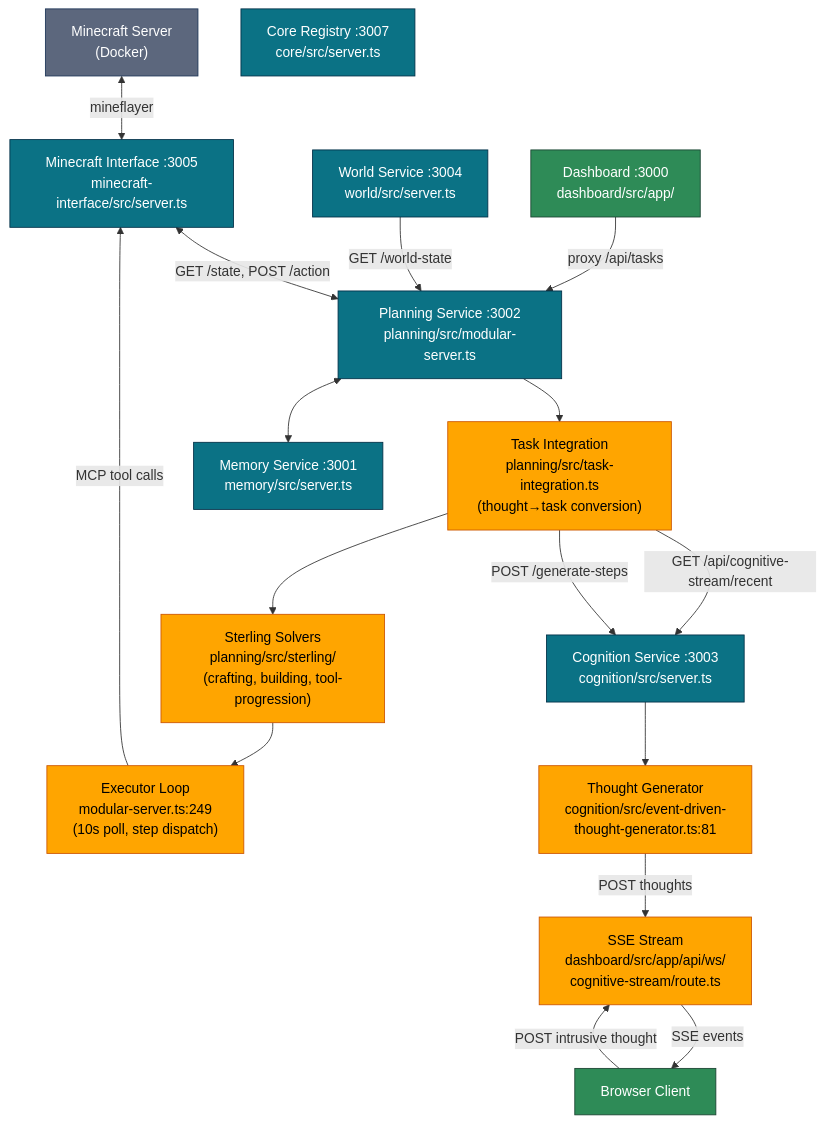
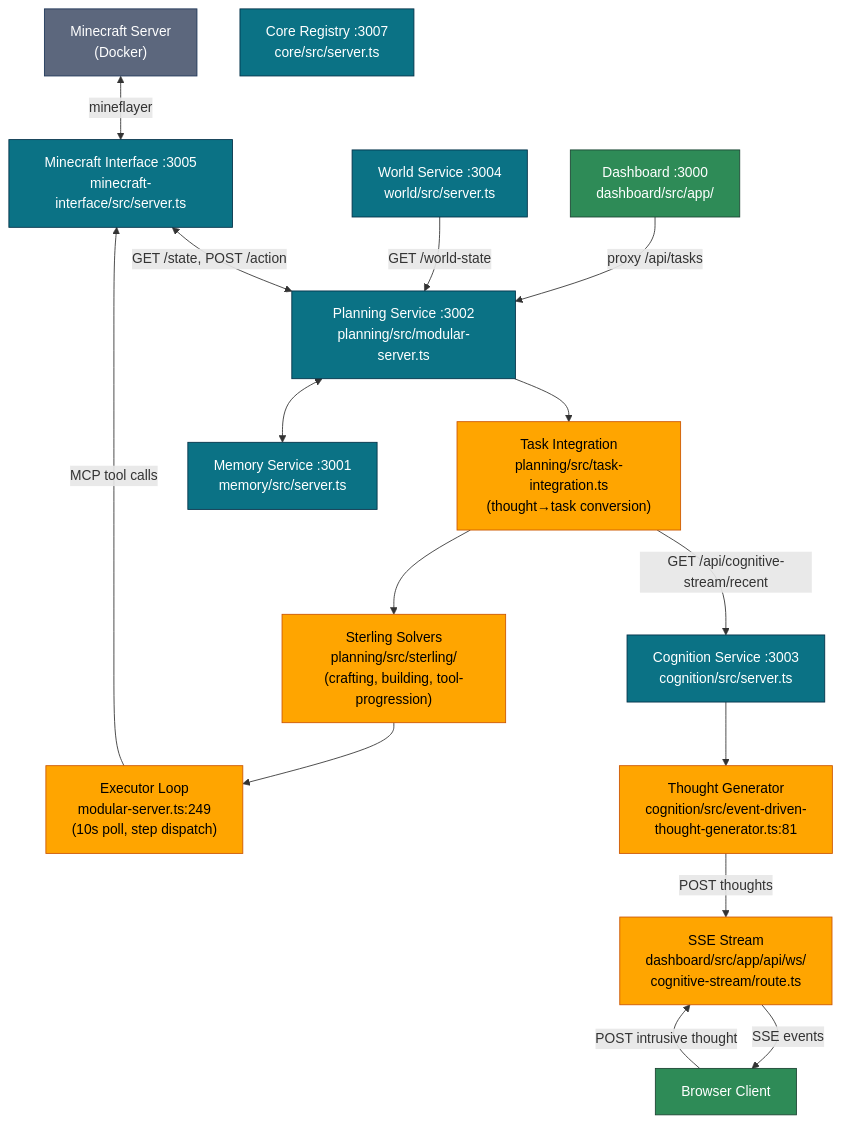
One commit to darianrosebrook/conscious-bot-experiment changed the second of 7 diagrams in docs/planning/cognitive-flow-detailed.md. Above: the diagram before and after it, drawn with Mermaid. The commit also changed other lines of this file and 8 other files, not shown here.

````diff
--- a/docs/planning/cognitive-flow-detailed.md
+++ b/docs/planning/cognitive-flow-detailed.md
@@ -521,46 +524,45 @@
 ```mermaid
 flowchart TD
   %% Services with code references
   MC["Minecraft Server<br/>(Docker)"]
   MI["Minecraft Interface :3005<br/>minecraft-interface/src/server.ts"]
   PLAN["Planning Service :3002<br/>planning/src/modular-server.ts"]
   COG["Cognition Service :3003<br/>cognition/src/server.ts"]
   MEM["Memory Service :3001<br/>memory/src/server.ts"]
   WORLD["World Service :3004<br/>world/src/server.ts"]
   DASH["Dashboard :3000<br/>dashboard/src/app/"]
   CORE["Core Registry :3007<br/>core/src/server.ts"]
 
   %% Key internal components
   TASK_INT["Task Integration<br/>planning/src/task-integration.ts<br/>(thought→task conversion)"]
   STERLING["Sterling Solvers<br/>planning/src/sterling/<br/>(crafting, building, tool-progression)"]
   EXEC["Executor Loop<br/>modular-server.ts:249<br/>(10s poll, step dispatch)"]
   THOUGHT_GEN["Thought Generator<br/>cognition/src/event-driven-<br/>thought-generator.ts:81"]
   SSE["SSE Stream<br/>dashboard/src/app/api/ws/<br/>cognitive-stream/route.ts"]
 
   %% Data flows
   MC <-->|"mineflayer"| MI
   MI <-->|"GET /state, POST /action"| PLAN
   PLAN --> TASK_INT
   TASK_INT -->|"GET /api/cognitive-stream/recent"| COG
-  TASK_INT -->|"POST /generate-steps"| COG
   TASK_INT --> STERLING
   STERLING --> EXEC
   EXEC -->|"MCP tool calls"| MI
   COG --> THOUGHT_GEN
   THOUGHT_GEN -->|"POST thoughts"| SSE
   SSE -->|"SSE events"| BROWSER["Browser Client"]
   BROWSER -->|"POST intrusive thought"| SSE
   PLAN <--> MEM
   WORLD -->|"GET /world-state"| PLAN
   DASH -->|"proxy /api/tasks"| PLAN
 
   classDef service fill:#0b7285,stroke:#023047,color:#fff;
   classDef internal fill:#ffa500,stroke:#cc5500,color:#000;
   classDef ui fill:#2e8b57,stroke:#1b4332,color:#fff;
   classDef external fill:#5c677d,stroke:#1d3557,color:#fff;
 
   class MI,PLAN,COG,MEM,WORLD,CORE service;
   class TASK_INT,STERLING,EXEC,THOUGHT_GEN,SSE internal;
   class DASH,BROWSER ui;
   class MC external;
 ```
````
